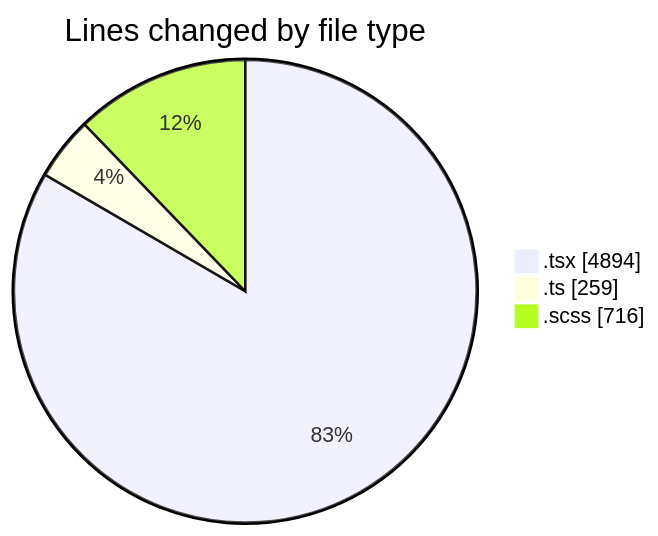
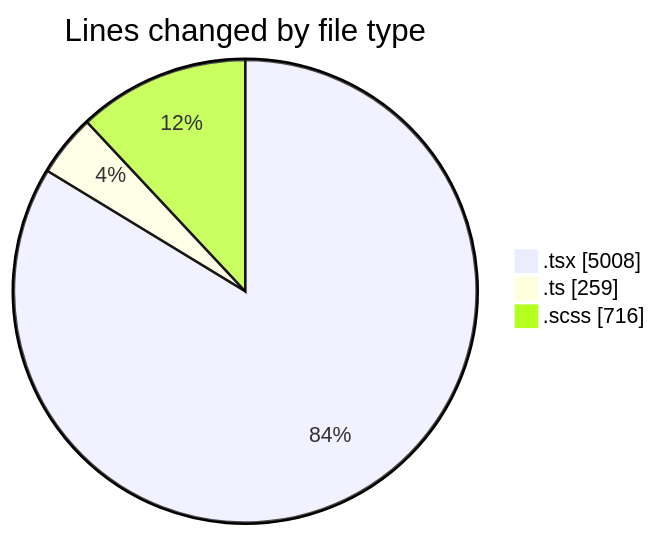
The first of 2 diagrams in 2025-09-15/cda/README.md (momahboobian/code-tracking), drawn with Mermaid before and after one commit. The commit also changed other lines of this file and 1 other file, not shown here.

````diff
--- a/2025-09-15/cda/README.md
+++ b/2025-09-15/cda/README.md
@@ -27,7 +27,7 @@
 ```mermaid
 pie showData
 title Lines changed by file type
-".tsx" : 4894
+".tsx" : 5008
 ".ts" : 259
 ".scss" : 716
 ```
````
